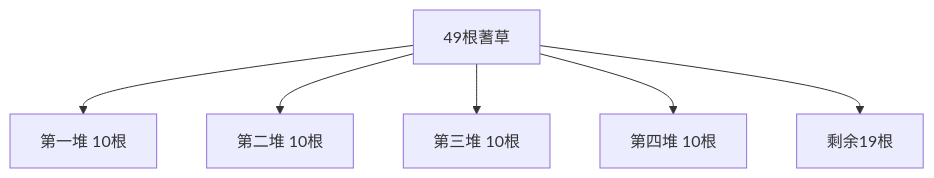
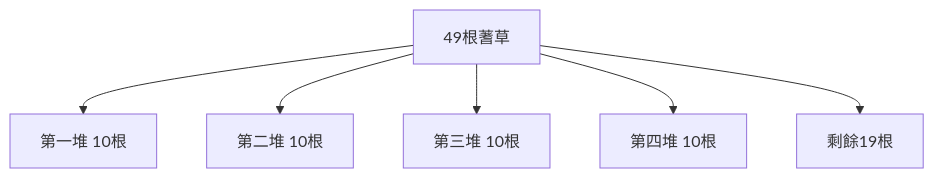
Before and after one commit to kmjade/knowledge-value: the third of 5 diagrams in 3 Resources/04-Interests/易学/03-占卜方法/蓍草占卜法.md, drawn with Mermaid. The commit also changed other lines of this file and 49 other files, not shown here.

````diff
--- a/3 Resources/04-Interests/易学/03-占卜方法/蓍草占卜法.md
+++ b/3 Resources/04-Interests/易学/03-占卜方法/蓍草占卜法.md
@@ -60,8 +60,8 @@
 ```mermaid
 graph TB
     A[49根蓍草] --> B[第一堆 10根]
     A --> C[第二堆 10根]
     A --> D[第三堆 10根]
     A --> E[第四堆 10根]
-    A --> F[剩余19根]
+    A --> F[剩餘19根]
 ```
````
